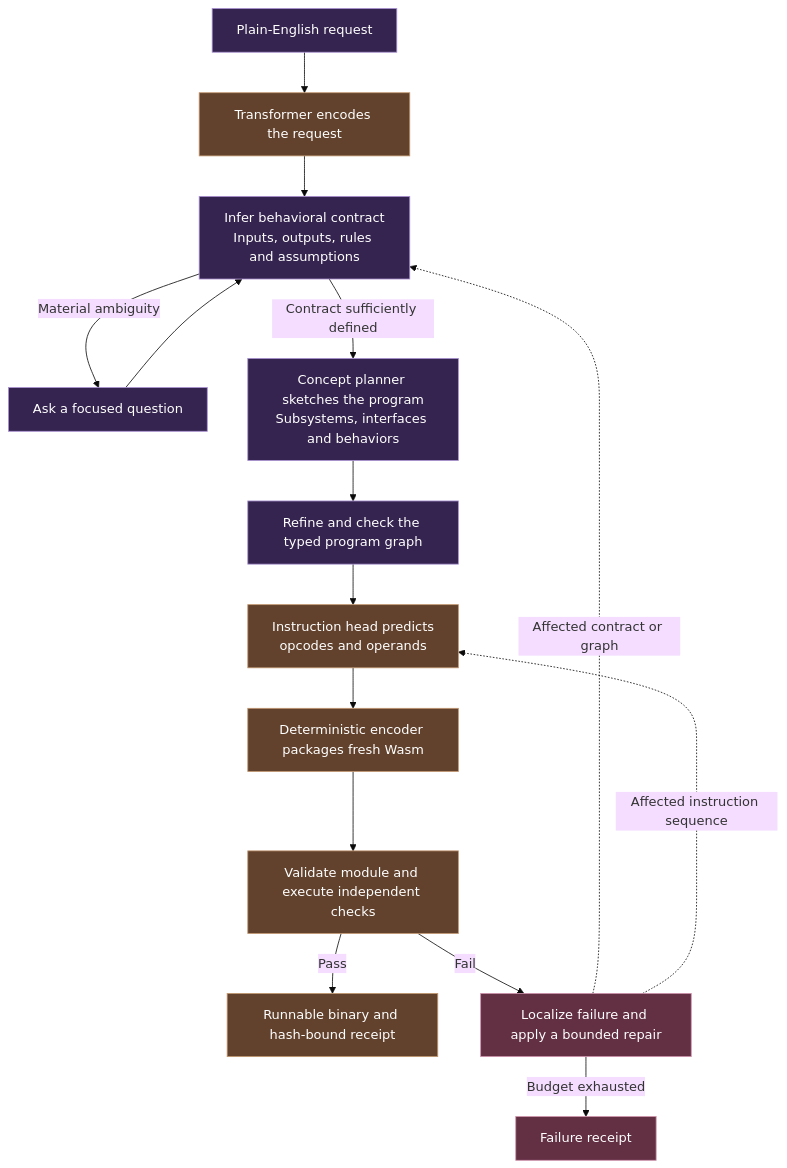
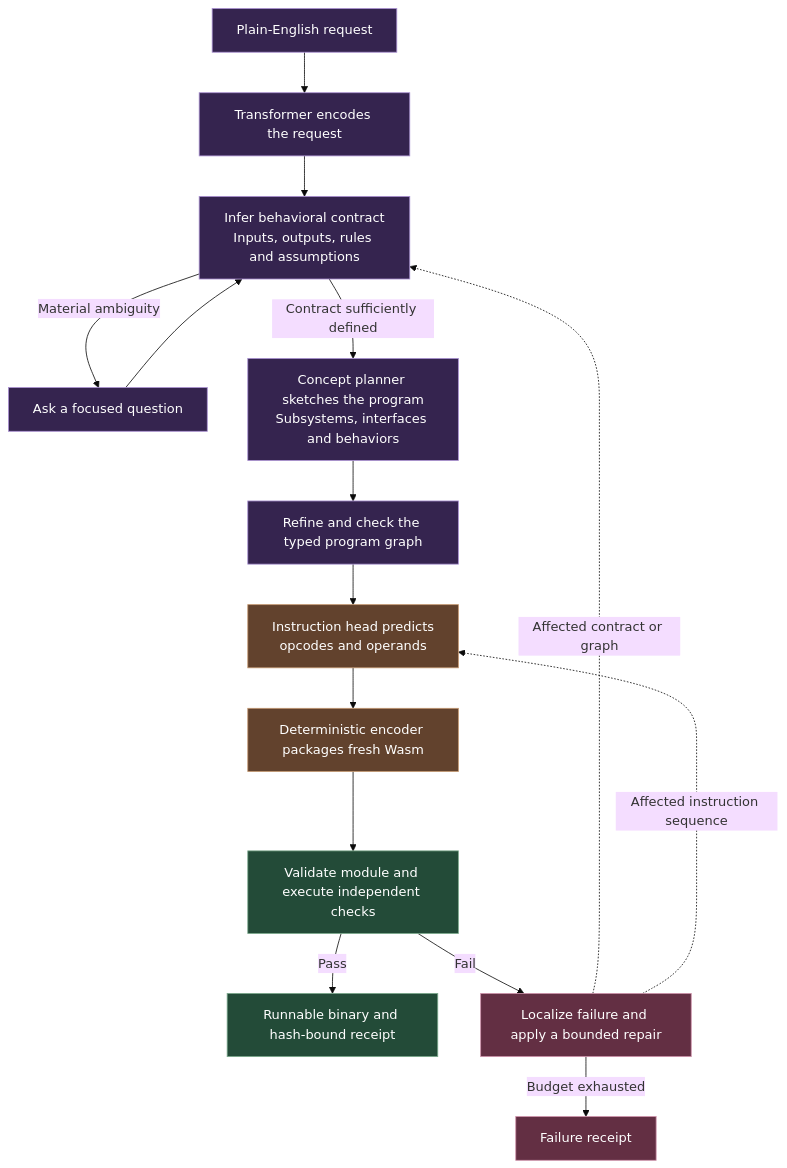
One commit to Kian-hdr/lore-demo changed the second of 8 diagrams in README.md. Above: the diagram before and after it, drawn with Mermaid (base theme). The commit also changed other lines of this file and 5 other files, not shown here.

Commit message:
Make diagram colors follow subsystem responsibilities

````diff
--- a/README.md
+++ b/README.md
@@ -60,23 +70,25 @@
 ```mermaid
 flowchart TD
     P["Plain-English request"] --> E["Transformer encodes the request"]
     E --> C["Infer behavioral contract<br/>Inputs, outputs, rules and assumptions"]
     C -->|Material ambiguity| Q["Ask a focused question"]
     Q --> C
     C -->|Contract sufficiently defined| N["Concept planner sketches the program<br/>Subsystems, interfaces and behaviors"]
     N --> G["Refine and check the typed program graph"]
     G --> I["Instruction head predicts<br/>opcodes and operands"]
     I --> B["Deterministic encoder packages fresh Wasm"]
     B --> V["Validate module and execute independent checks"]
     V -->|Pass| R["Runnable binary and hash-bound receipt"]
     V -->|Fail| D["Localize failure and apply a bounded repair"]
     D -. "Affected contract or graph" .-> C
     D -. "Affected instruction sequence" .-> I
     D -->|Budget exhausted| X["Failure receipt"]
     classDef plan fill:#35244f,stroke:#aa91d2,color:#ffffff;
-    class P,C,Q,N,G plan;
+    class P,C,Q,N,G,E plan;
     classDef exec fill:#62422d,stroke:#c39770,color:#ffffff;
-    class E,I,B,V,R exec;
+    class I,B exec;
+    classDef check fill:#234b38,stroke:#7ba98c,color:#ffffff;
+    class V,R check;
     classDef change fill:#632f43,stroke:#cf93ab,color:#ffffff;
     class D,X change;
 ```
````
